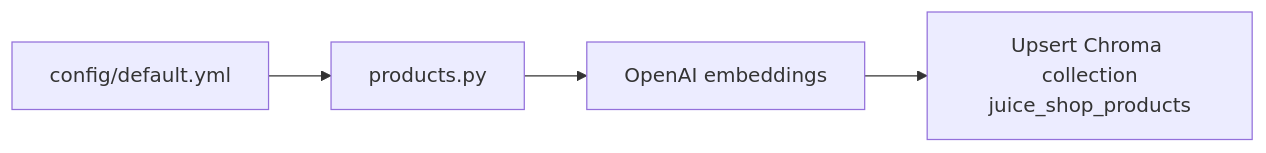
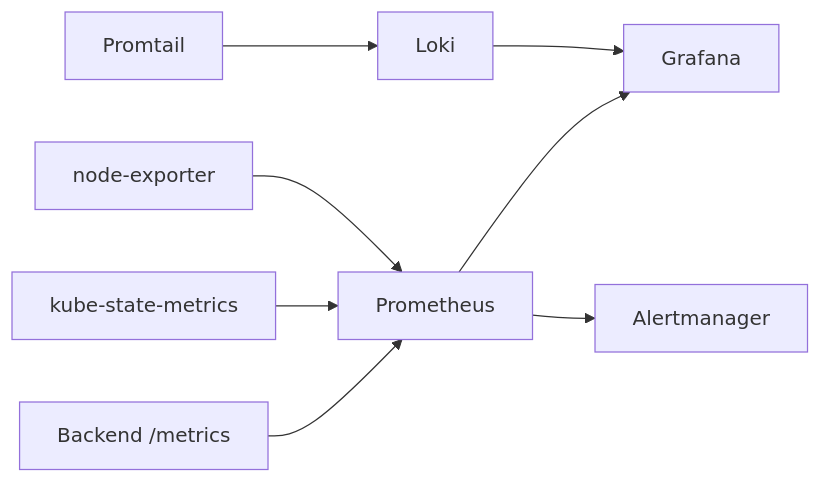
Before and after one commit to amaninsa/owasp-juiceshop-chatbot: the seventh of 7 diagrams in docs/architecture.md, drawn with Mermaid. The commit also changed other lines of this file and 129 other files, not shown here.

````diff
--- a/docs/architecture.md
+++ b/docs/architecture.md
@@ -190,6 +157,10 @@
 ```mermaid
 flowchart LR
-  Y[config/default.yml] --> P[products.py]
-  P --> E[OpenAI embeddings]
-  E --> U[Upsert Chroma collection<br/>juice_shop_products]
+  BE[Backend /metrics] --> PROM[Prometheus]
+  KSM[kube-state-metrics] --> PROM
+  NE[node-exporter] --> PROM
+  PT[Promtail] --> LOKI[Loki]
+  PROM --> GRAF[Grafana]
+  LOKI --> GRAF
+  PROM --> AM[Alertmanager]
 ```
````
